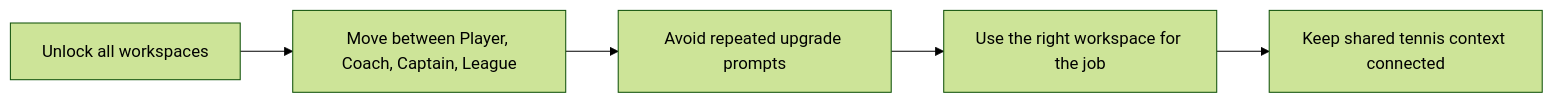
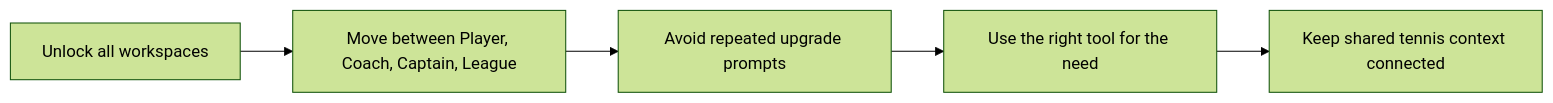
One commit to TNM91/tennis-data changed the seventh of 8 diagrams in docs/customer-journey-process-map.md. Above: the diagram before and after it, drawn with Mermaid (forest theme). The commit also changed other lines of this file and 16 other files, not shown here.

````diff
--- a/docs/customer-journey-process-map.md
+++ b/docs/customer-journey-process-map.md
@@ -147,7 +147,7 @@
 ```mermaid
 flowchart LR
   A["Unlock all workspaces"] --> B["Move between Player, Coach, Captain, League"]
   B --> C["Avoid repeated upgrade prompts"]
-  C --> D["Use the right workspace for the job"]
+  C --> D["Use the right tool for the need"]
   D --> E["Keep shared tennis context connected"]
 ```
````
